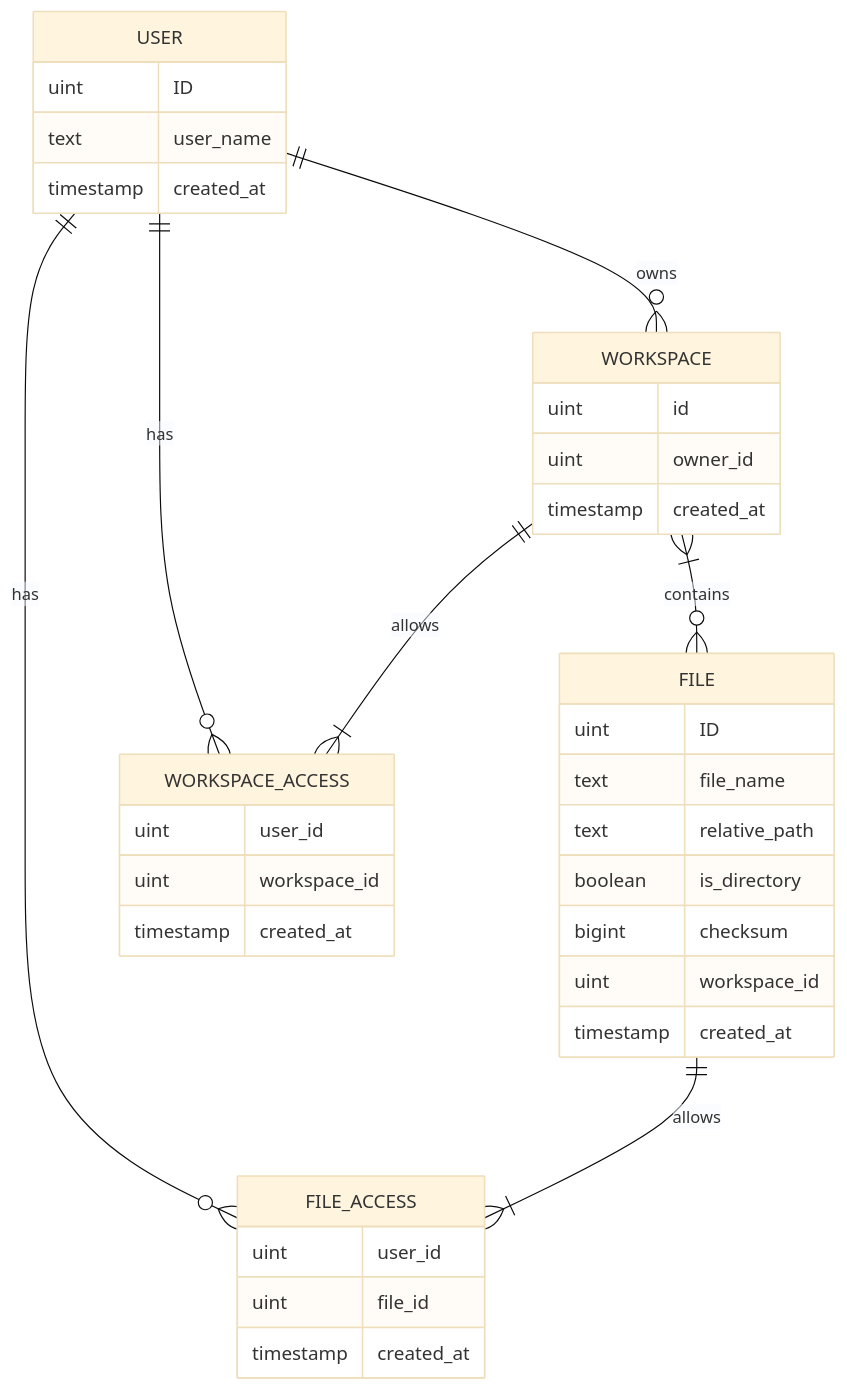
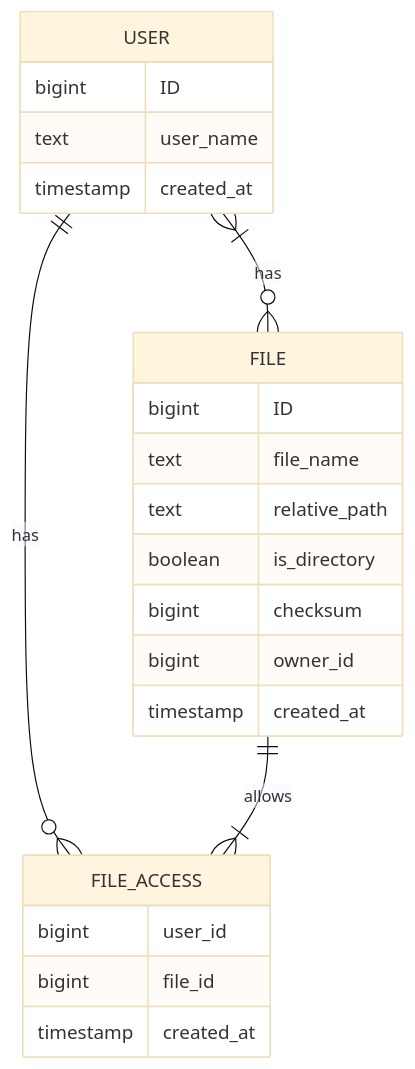
Before and after one commit to SlashLight/highload-cloud: the second of 2 diagrams in README.md, drawn with Mermaid (base theme). The commit also changed other lines of this file, not shown here.

Commit message:
fixed issues

````diff
--- a/README.md
+++ b/README.md
@@ -36,43 +37,28 @@
 ```mermaid
 erDiagram
 USER{
-    uint ID 
+    bigint ID 
     text user_name 
     timestamp created_at 
 }
 
-WORKSPACE{
-    uint id
-    uint owner_id
-    timestamp created_at
-}
-
 FILE{
-    uint ID 
+    bigint ID 
     text file_name 
     text relative_path
     boolean is_directory
     bigint checksum
-    uint workspace_id
+    bigint owner_id
     timestamp created_at  
 }
 
-WORKSPACE_ACCESS {
-    uint user_id
-    uint workspace_id
+FILE_ACCESS {
+    bigint user_id
+    bigint file_id
     timestamp created_at
 }
 
-FILE_ACCESS {
-    uint user_id
-    uint file_id
-    timestamp created_at
-}
-
-USER ||--o{ WORKSPACE : owns
-WORKSPACE }|--o{ FILE : contains
-USER ||--o{ WORKSPACE_ACCESS : has
-WORKSPACE ||--|{ WORKSPACE_ACCESS : allows
+USER }|--o{ FILE : has
 USER ||--o{ FILE_ACCESS : has
 FILE ||--|{ FILE_ACCESS : allows
 ```
````
